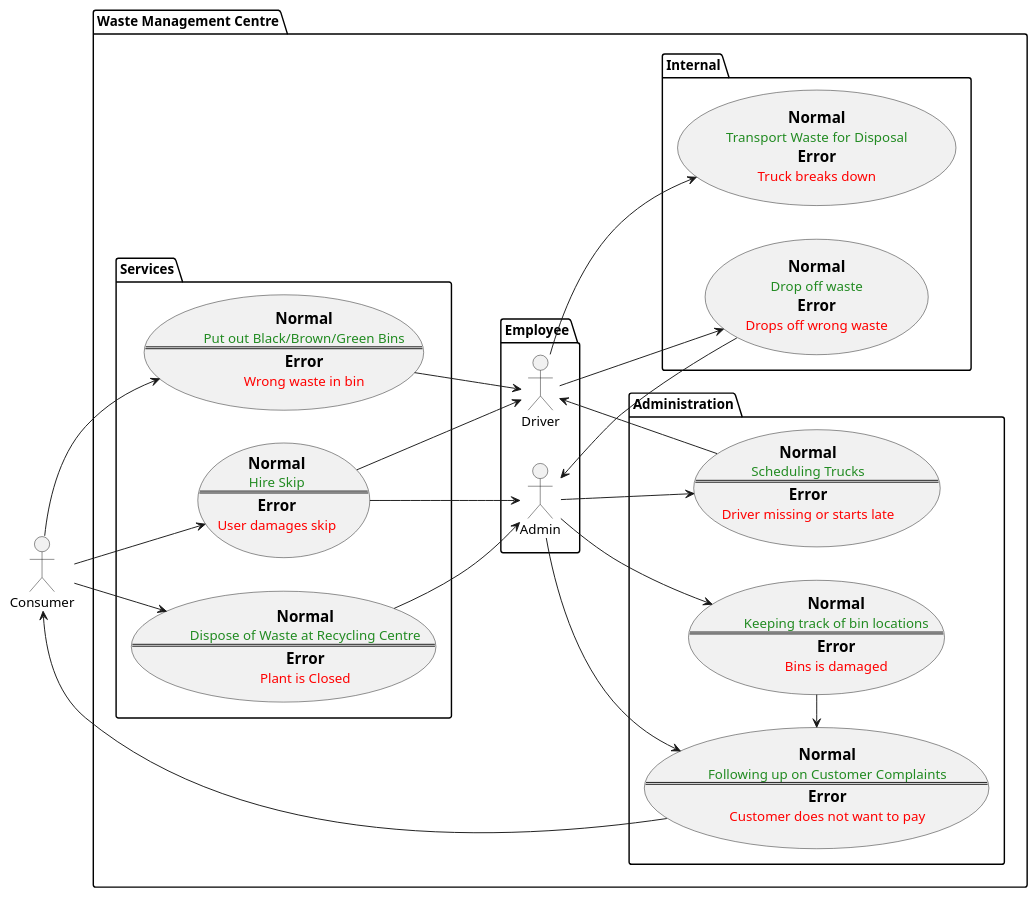
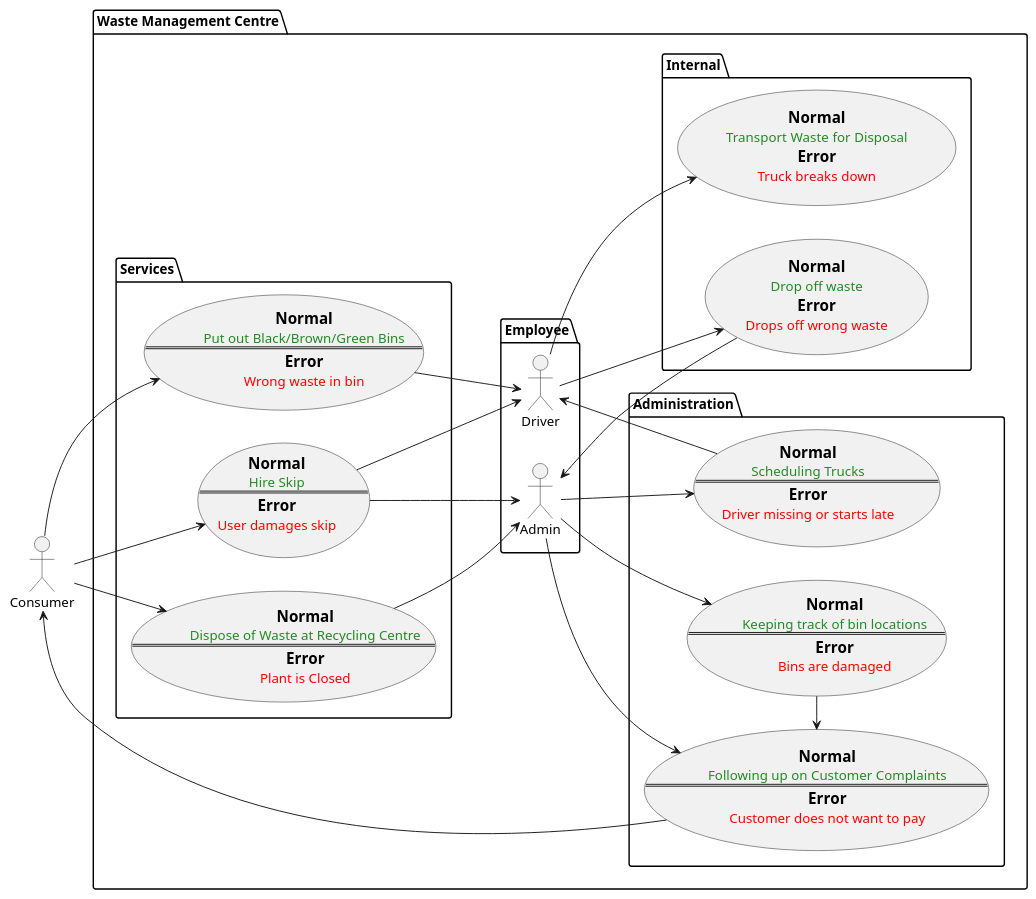
Before and after one commit to tedski999/CSU22041-InformationManagement-Group8: the diagram in UML.wsd, drawn with PlantUML.

Commit message:
Fixed typo in Use Case Diagram

```diff
--- a/UML.wsd
+++ b/UML.wsd
@@ -1,98 +1,98 @@
 @startuml Waste Management Company
 
 left to right direction
 actor Consumer as c
 
 package "Waste Management Centre" {
 	package Employee {
 		actor Driver as d
 		actor Admin as a
 	}
 
 	package Services {
 		usecase centre as "
 				== Normal
 				<color:#228B22>Dispose of Waste at Recycling Centre
 				==
 				== Error
 				<color:#FF0000>Plant is Closed"
 		
 		usecase bins as "
 				== Normal
 				<color:#228B22>Put out Black/Brown/Green Bins
 				==
 				== Error
 				<color:#FF0000>Wrong waste in bin"
 		
 		usecase skip as "
 				== Normal
 				<color:#228B22>Hire Skip
 				==
 				== Error
 				<color:#FF0000>User damages skip"
 	}
 
 	package Internal {
 		usecase transport as "
 				== Normal
 				<color:#228B22>Transport Waste for Disposal
 				== Error
 				<color:#FF0000>Truck breaks down"
 
 		usecase dropoff as "
 				== Normal
 				<color:#228B22>Drop off waste
 				== Error
 				<color:#FF0000>Drops off wrong waste"
 	}
 
 	package Administration {
 
 		usecase truckmanage as "
 				== Normal
 				<color:#228B22>Scheduling Trucks
 				==
 				== Error
 				<color:#FF0000>Driver missing or starts late"
 
 		usecase customermanage as "
 				== Normal
 				<color:#228B22>Following up on Customer Complaints
 				==
 				== Error
 				<color:#FF0000>Customer does not want to pay"
 
 		usecase binmanage as "
 				== Normal
 				<color:#228B22>Keeping track of bin locations
 				==
 				== Error
-				<color:#FF0000>Bins is damaged"
+				<color:#FF0000>Bins are damaged"
 	}
 }
 
 c --> centre
 c --> bins
 c --> skip
 
 bins --> d
 skip --> d
 
 d --> transport
 d --> dropoff
 
 dropoff --> a
 
 a --> truckmanage
 a --> customermanage
 a --> binmanage
 
 customermanage -> c
 truckmanage -> d
 binmanage -> customermanage
 
 centre --> a
 skip --> a
 
 
 @enduml
```
